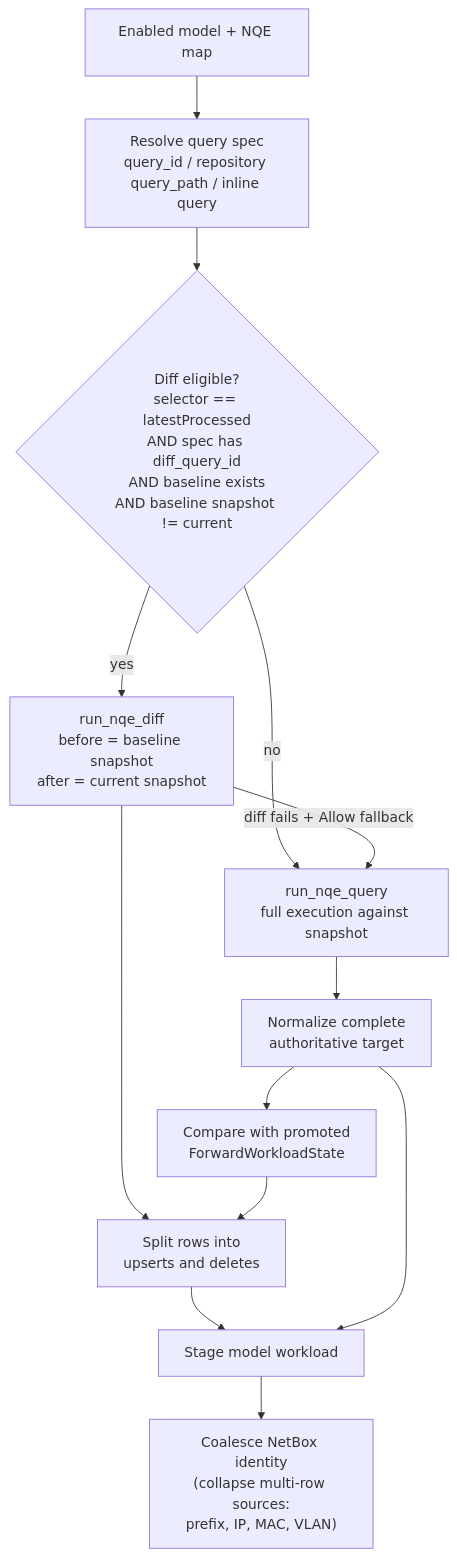
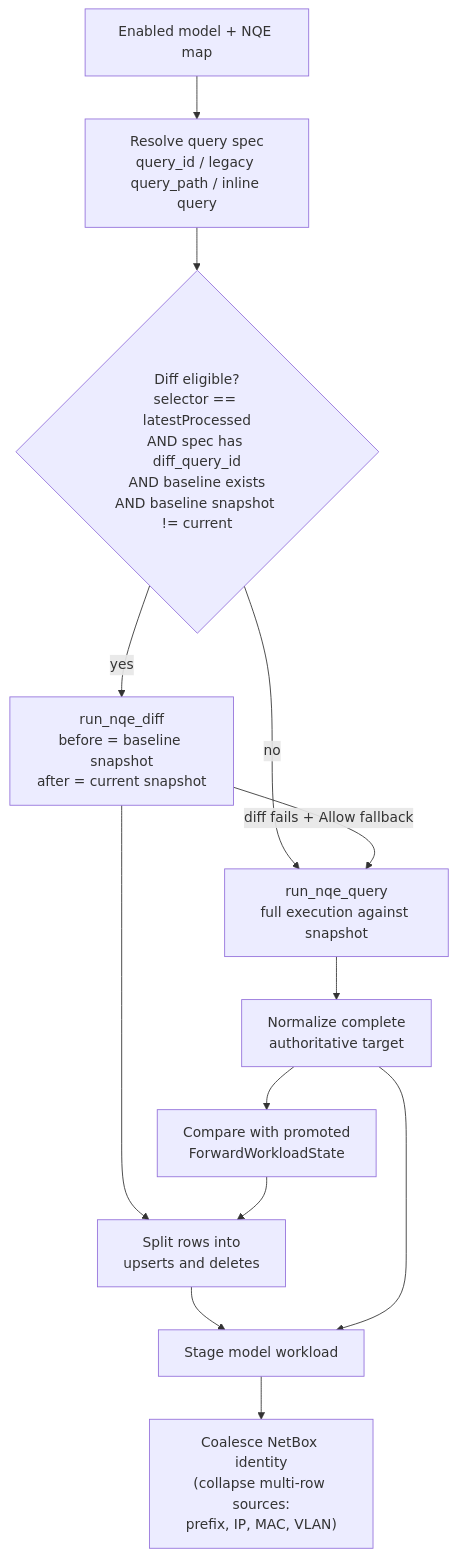
One commit to forwardnetworks/forward-netbox changed the third of 3 diagrams in docs/02_Reference/architecture-flow.md. Above: the diagram before and after it, drawn with Mermaid. The commit also changed other lines of this file and 20 other files, not shown here.

````diff
--- a/docs/02_Reference/architecture-flow.md
+++ b/docs/02_Reference/architecture-flow.md
@@ -111,19 +111,19 @@
 ```mermaid
 flowchart TD
-    model["Enabled model + NQE map"] --> spec["Resolve query spec\nquery_id / repository query_path / inline query"]
+    model["Enabled model + NQE map"] --> spec["Resolve query spec\nquery_id / legacy query_path / inline query"]
 
     spec --> eligible{"Diff eligible?\nselector == latestProcessed\nAND spec has diff_query_id\nAND baseline exists\nAND baseline snapshot != current"}
 
     eligible -->|"yes"| diff["run_nqe_diff\nbefore = baseline snapshot\nafter = current snapshot"]
     eligible -->|"no"| full["run_nqe_query\nfull execution against snapshot"]
 
     diff -->|"diff fails + Allow fallback"| full
     diff --> split["Split rows into\nupserts and deletes"]
     full --> rows["Normalize complete\nauthoritative target"]
     rows --> local["Compare with promoted\nForwardWorkloadState"]
     local --> split
 
     split --> stage["Stage model workload"]
     rows --> stage
     stage --> coalesce["Coalesce NetBox identity\n(collapse multi-row sources:\nprefix, IP, MAC, VLAN)"]
 ```
````
